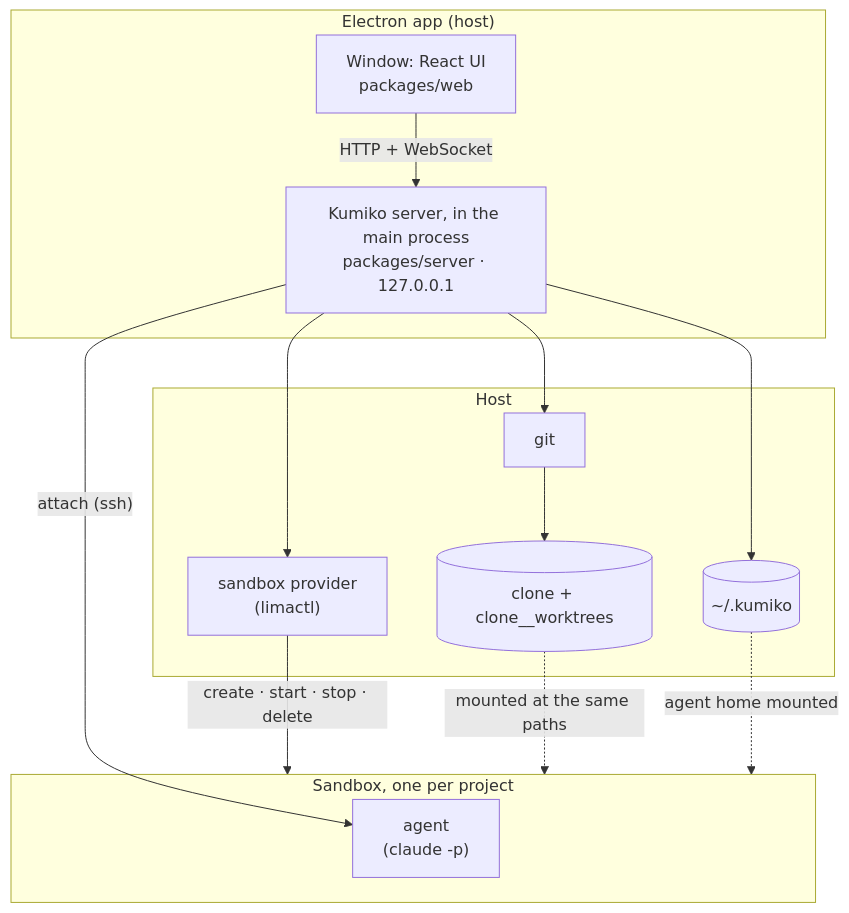
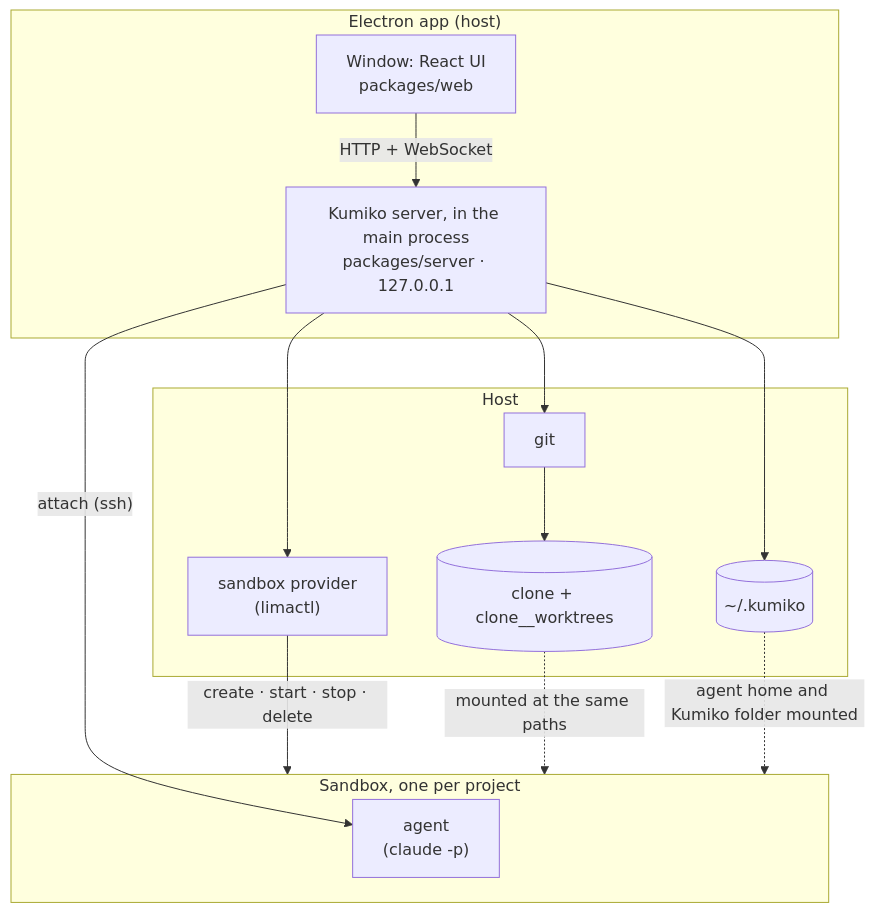
One commit to szajbus/kumiko changed the first of 2 diagrams in apps/docs/src/content/docs/architecture/overview.md. Above: the diagram before and after it, drawn with Mermaid. The commit also changed 21 other files, not shown here.

````diff
--- a/apps/docs/src/content/docs/architecture/overview.md
+++ b/apps/docs/src/content/docs/architecture/overview.md
@@ -11,25 +11,25 @@
 ```mermaid
 flowchart TB
   subgraph app["Electron app (host)"]
     win["Window: React UI<br/>packages/web"]
     server["Kumiko server, in the main process<br/>packages/server · 127.0.0.1"]
     win -- "HTTP + WebSocket" --> server
   end
   subgraph hostside["Host"]
     provider["sandbox provider<br/>(limactl)"]
     git["git"]
     data[("~/.kumiko")]
     clone[("clone + clone__worktrees")]
   end
   subgraph sb["Sandbox, one per project"]
     agent["agent<br/>(claude -p)"]
   end
   server --> provider
   server --> git
   server --> data
   git --> clone
   provider -- "create · start · stop · delete" --> sb
   server -- "attach (ssh)" --> agent
   clone -. "mounted at the same paths" .-> sb
-  data -. "agent home mounted" .-> sb
+  data -. "agent home and Kumiko folder mounted" .-> sb
 ```
````
